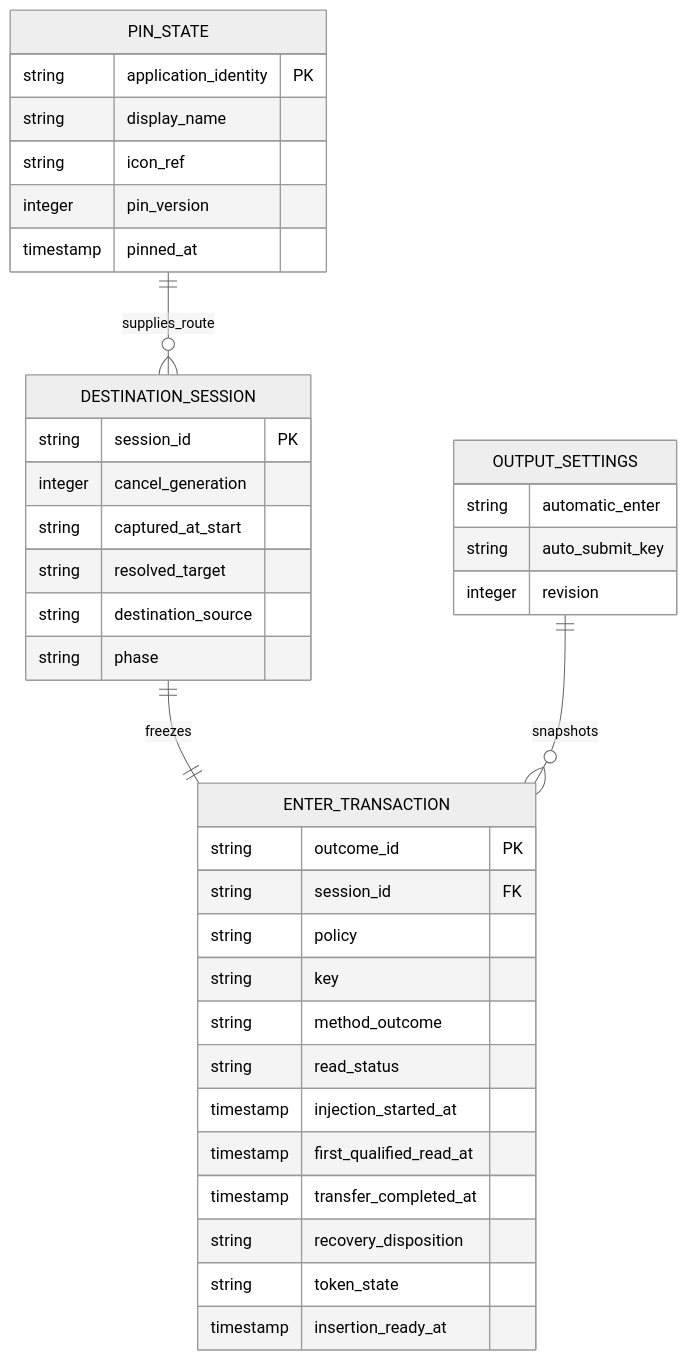
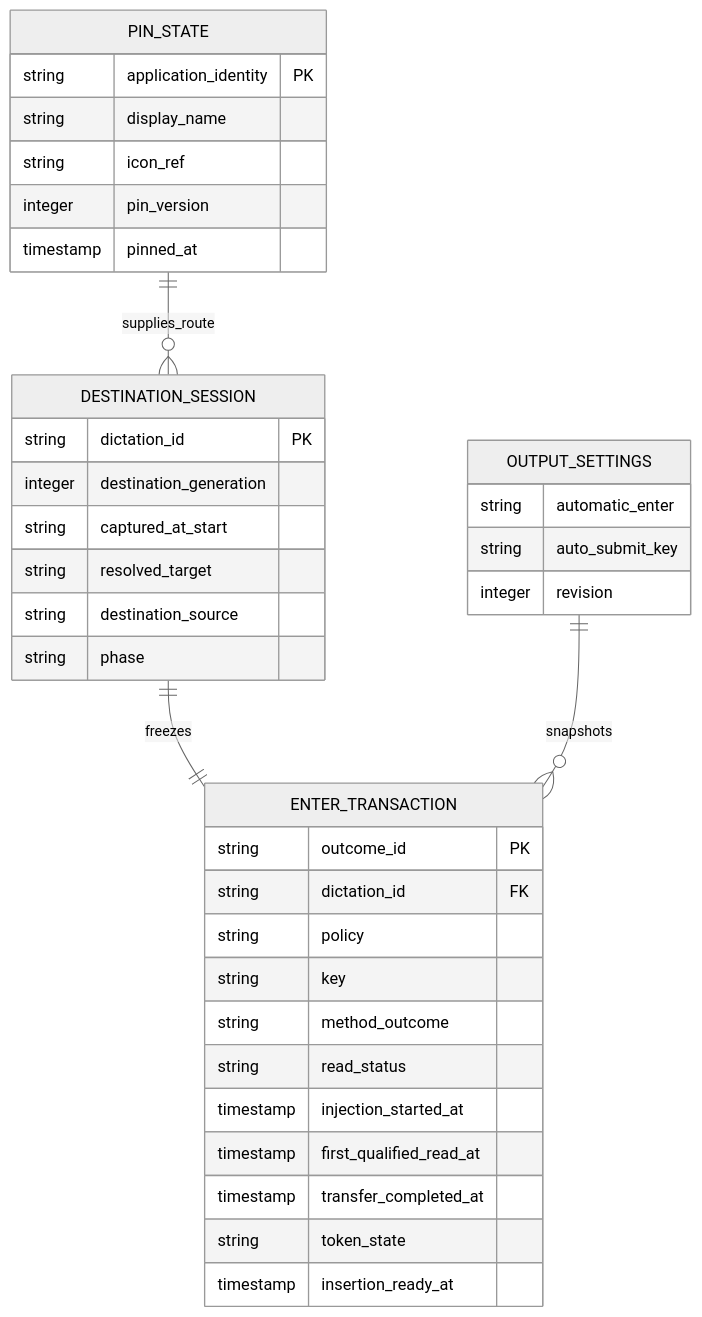
One commit to julien-m/handy changed the fourth of 4 diagrams in .specs/features/009-pin-mode-and-enter-rule/plan.md. Above: the diagram before and after it, drawn with Mermaid (neutral theme). The commit also changed other lines of this file and 6 other files, not shown here.

````diff
--- a/.specs/features/009-pin-mode-and-enter-rule/plan.md
+++ b/.specs/features/009-pin-mode-and-enter-rule/plan.md
@@ -333,40 +353,39 @@
 ```mermaid
 erDiagram
   PIN_STATE ||--o{ DESTINATION_SESSION : supplies_route
   DESTINATION_SESSION ||--|| ENTER_TRANSACTION : freezes
   OUTPUT_SETTINGS ||--o{ ENTER_TRANSACTION : snapshots
   PIN_STATE {
     string application_identity PK
     string display_name
     string icon_ref
     integer pin_version
     timestamp pinned_at
   }
   DESTINATION_SESSION {
-    string session_id PK
-    integer cancel_generation
+    string dictation_id PK
+    integer destination_generation
     string captured_at_start
     string resolved_target
     string destination_source
     string phase
   }
   OUTPUT_SETTINGS {
     string automatic_enter
     string auto_submit_key
     integer revision
   }
   ENTER_TRANSACTION {
     string outcome_id PK
-    string session_id FK
+    string dictation_id FK
     string policy
     string key
     string method_outcome
     string read_status
     timestamp injection_started_at
     timestamp first_qualified_read_at
     timestamp transfer_completed_at
-    string recovery_disposition
     string token_state
     timestamp insertion_ready_at
   }
 ```
````
